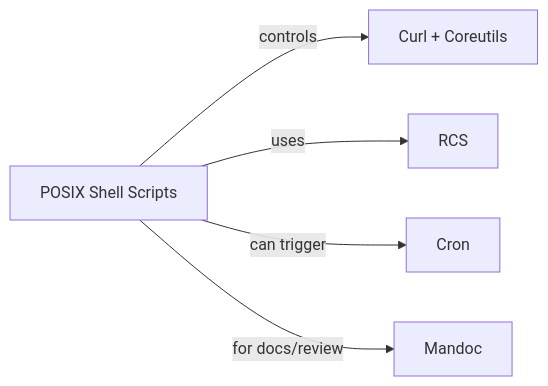
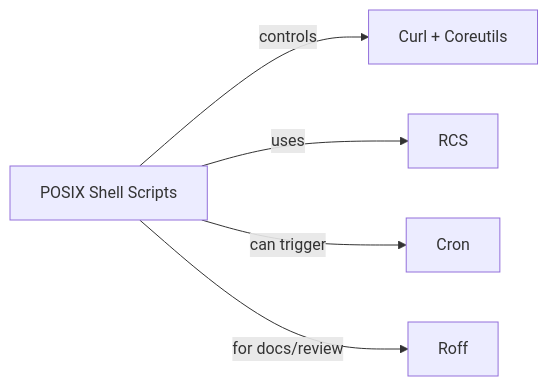
One commit to 2MuchC0ff33/elvis changed the third of 10 diagrams in README.md. Above: the diagram before and after it, drawn with Mermaid. The commit also changed other lines of this file and 3 other files, not shown here.

````diff
--- a/README.md
+++ b/README.md
@@ -189,7 +189,7 @@
 ```mermaid
 graph LR
     Shell[POSIX Shell Scripts] -- controls --> CurlCoreutils["Curl + Coreutils"]
     Shell -- uses --> RCS
     Shell -- can trigger --> Cron
-    Shell -- for docs/review --> Mandoc
+    Shell -- for docs/review --> Roff
 ```
````
